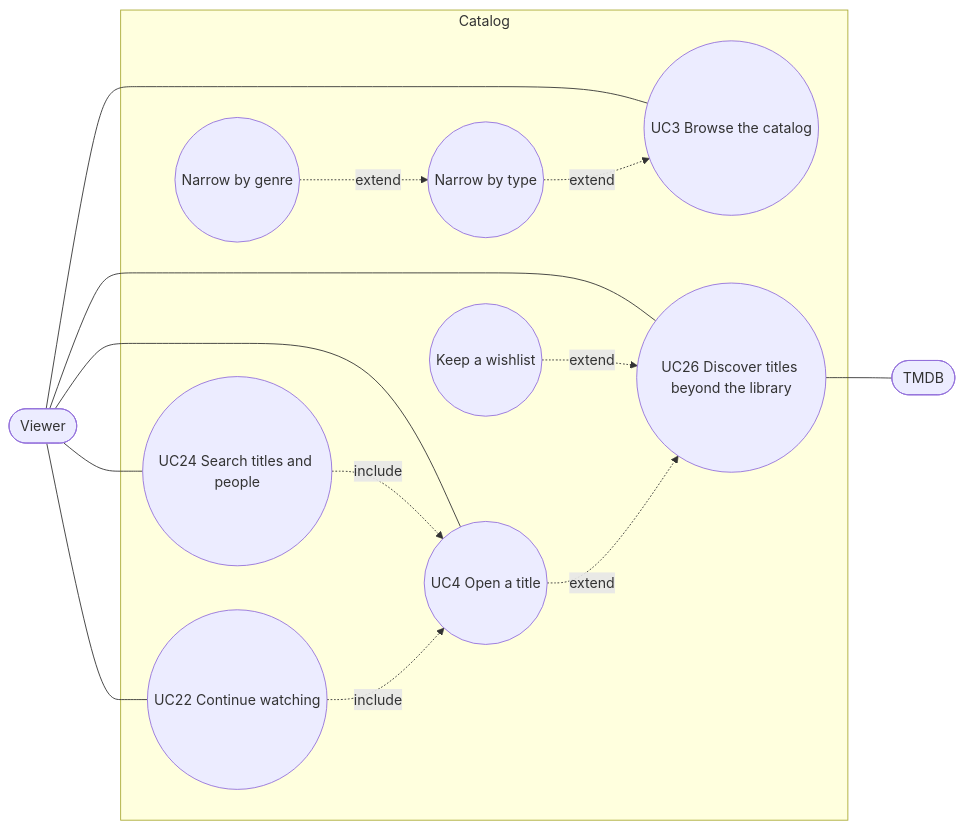
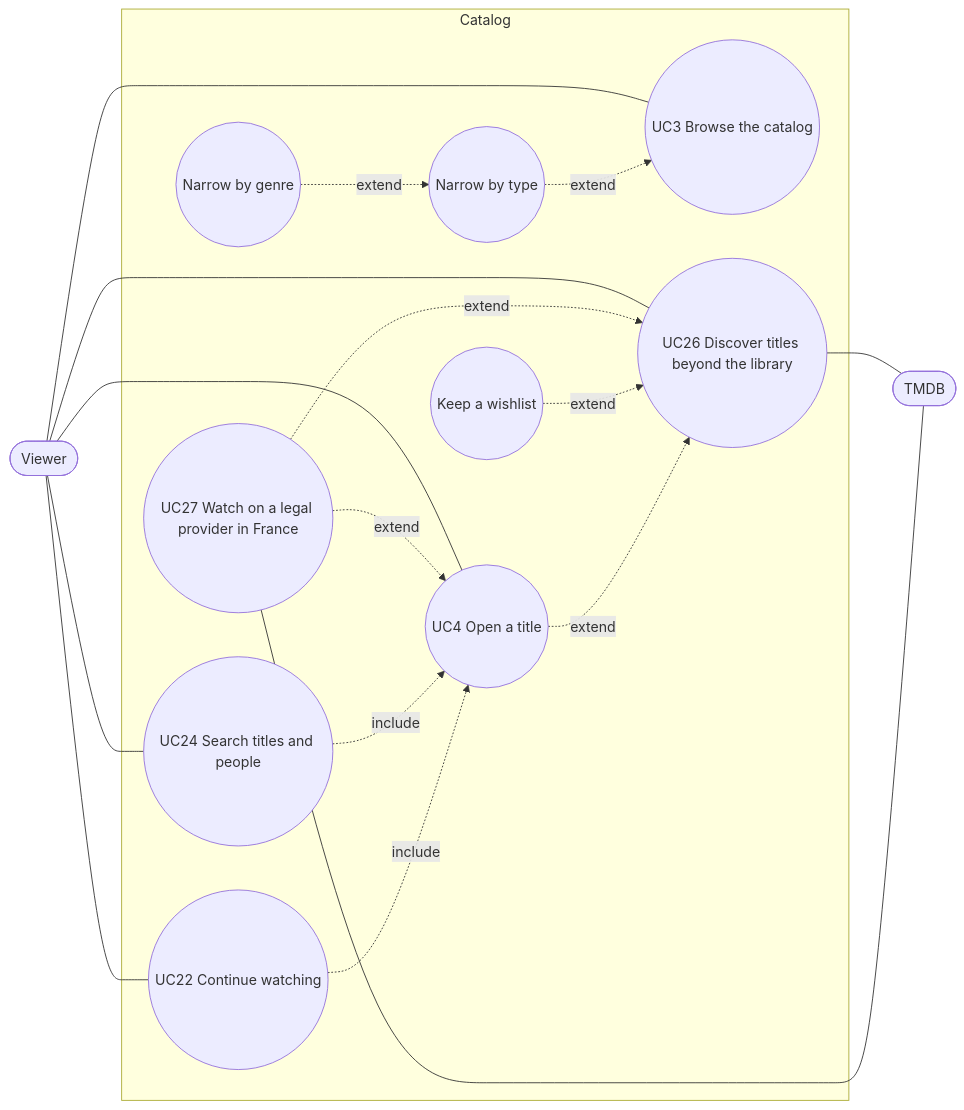
The diagram in docs/architecture/diagrams/catalog/01-use-case.md (benoit-bremaud/popcorntv), drawn with Mermaid before and after one commit. The commit also changed other lines of this file and 5 other files, not shown here.

Commit message:
docs(discover): spec, UML and ADR-0029 for where to watch in France (#184)

````diff
--- a/docs/architecture/diagrams/catalog/01-use-case.md
+++ b/docs/architecture/diagrams/catalog/01-use-case.md
@@ -8,27 +8,31 @@
 ```mermaid
 flowchart LR
   viewer([Viewer])
   subgraph Catalog
     uc3((UC3 Browse the catalog))
     uc3a((Narrow by type))
     uc3b((Narrow by genre))
     uc4((UC4 Open a title))
     uc22((UC22 Continue watching))
     uc24((UC24 Search titles and people))
     uc26((UC26 Discover titles beyond the library))
     uc26a((Keep a wishlist))
+    uc27((UC27 Watch on a legal provider in France))
   end
   tmdb([TMDB])
   viewer --- uc3
   viewer --- uc4
   viewer --- uc22
   viewer --- uc24
   viewer --- uc26
   uc26 --- tmdb
+  uc27 --- tmdb
+  uc27 -. extend .-> uc26
+  uc27 -. extend .-> uc4
   uc26a -. extend .-> uc26
   uc4 -. extend .-> uc26
   uc24 -. include .-> uc4
   uc22 -. include .-> uc4
   uc3a -. extend .-> uc3
   uc3b -. extend .-> uc3a
 ```
````
